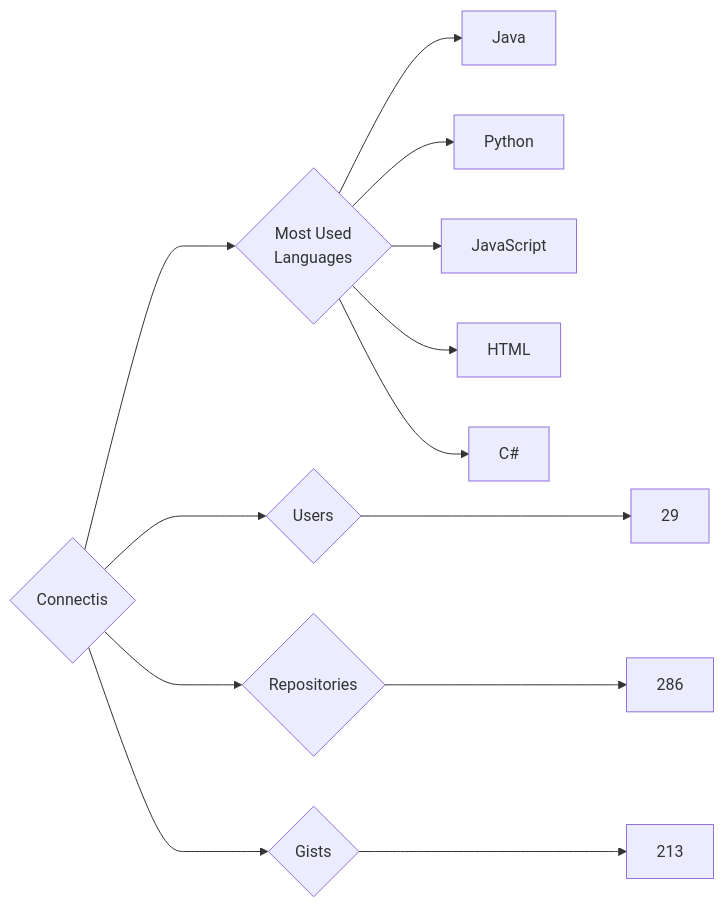
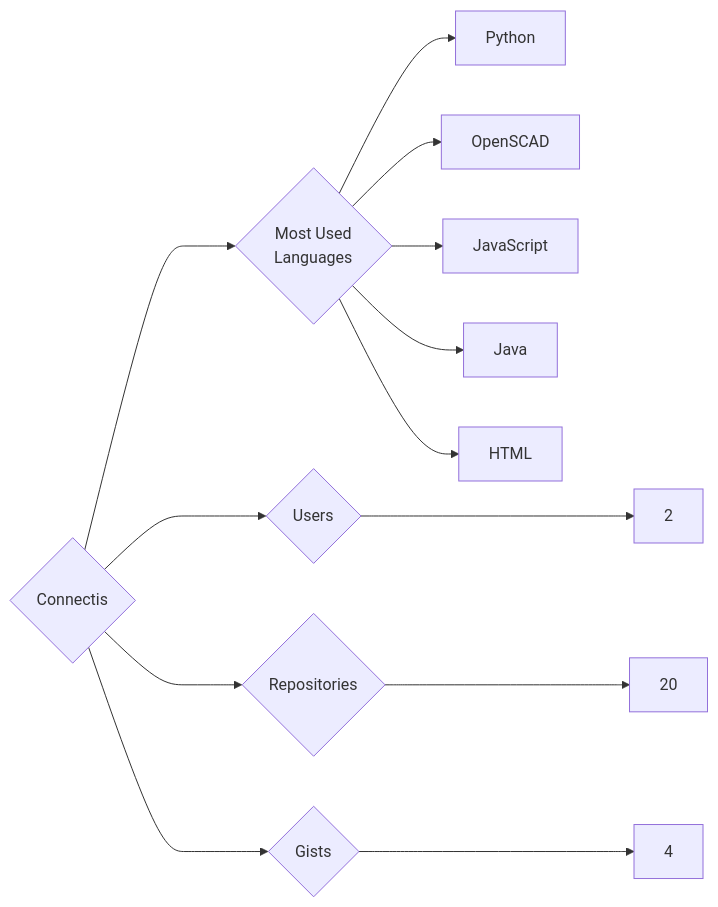
One commit to trickest/insiders changed the diagram in targets/Connectis/README.md. Above: the diagram before and after it, drawn with Mermaid. The commit also changed 633 other files, not shown here.

````diff
--- a/targets/Connectis/README.md
+++ b/targets/Connectis/README.md
@@ -3,13 +3,13 @@
 ```mermaid
 graph LR
 COMPANY_NAME{Connectis}
-COMPANY_NAME ---> U{Users} ---> UN[29]
-COMPANY_NAME ---> R{Repositories} ---> RN[286]
-COMPANY_NAME ---> G{Gists} ---> GN[213]
+COMPANY_NAME ---> U{Users} ---> UN[2]
+COMPANY_NAME ---> R{Repositories} ---> RN[20]
+COMPANY_NAME ---> G{Gists} ---> GN[4]
 COMPANY_NAME ---> ML{Most Used<br>Languages}
+ML --> Python[Python]
+ML --> OpenSCAD[OpenSCAD]
+ML --> JavaScript[JavaScript]
 ML --> Java[Java]
-ML --> Python[Python]
-ML --> JavaScript[JavaScript]
 ML --> HTML[HTML]
-ML --> C#[C#]
 ```
````
